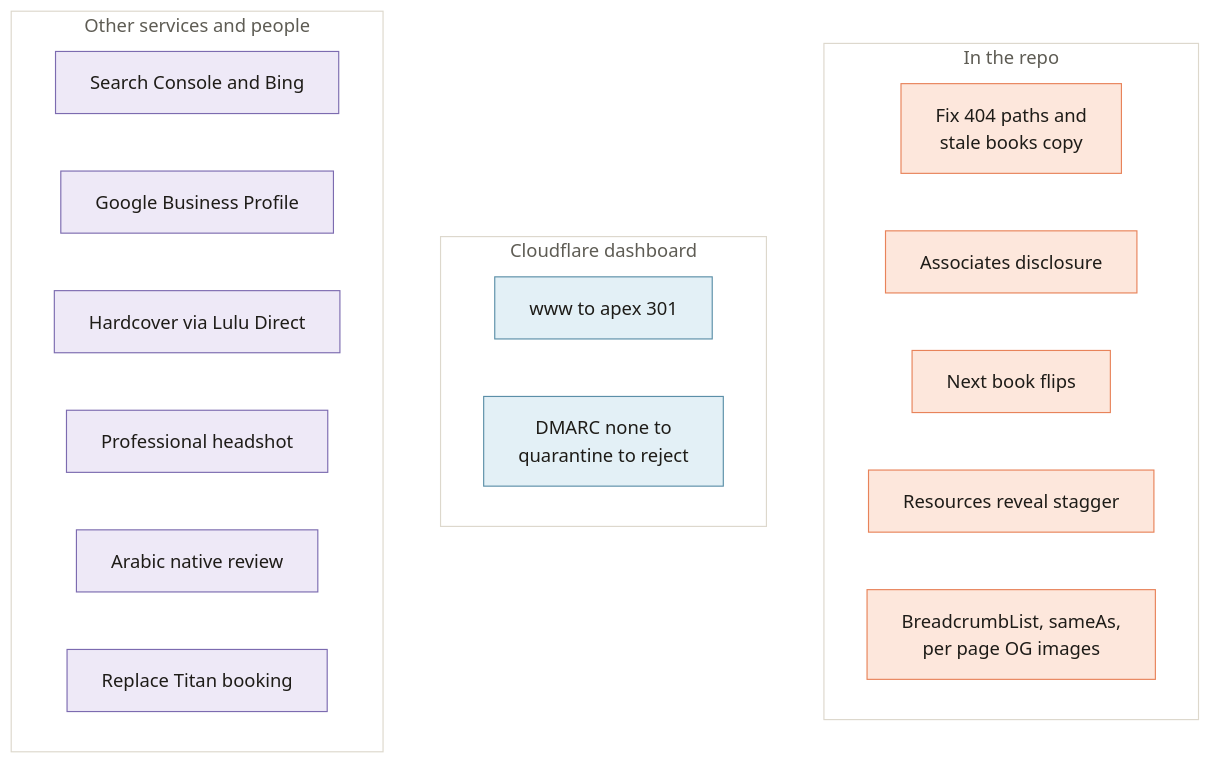
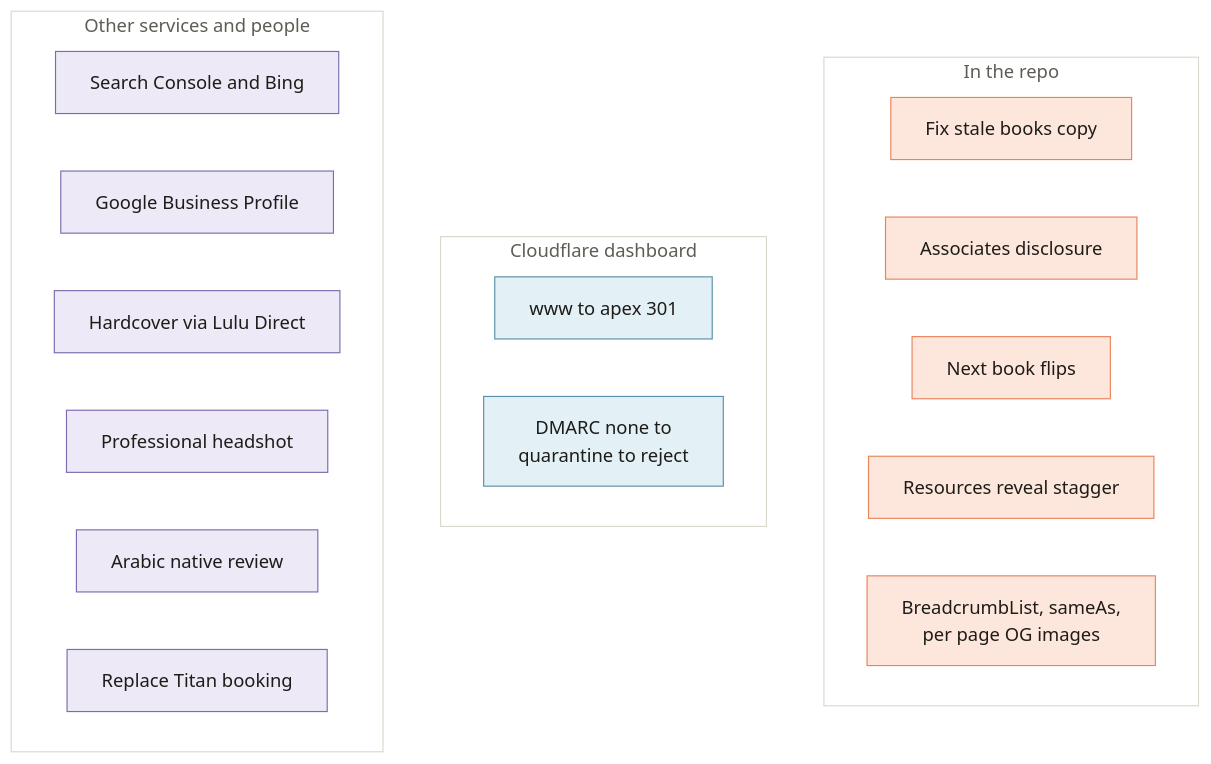
One commit to vijaybpanangi/ezziclarity changed the diagram in docs/wiki/Roadmap.md. Above: the diagram before and after it, drawn with Mermaid (neutral theme). The commit also changed other lines of this file and 12 other files, not shown here.

````diff
--- a/docs/wiki/Roadmap.md
+++ b/docs/wiki/Roadmap.md
@@ -8,30 +8,30 @@
 ```mermaid
 flowchart TB
     subgraph Repo[In the repo]
-      R1[Fix 404 paths and<br/>stale books copy]:::ours
+      R1[Fix stale books copy]:::ours
       R2[Associates disclosure]:::ours
       R3[Next book flips]:::ours
       R4[Resources reveal stagger]:::ours
       R5[BreadcrumbList, sameAs,<br/>per page OG images]:::ours
     end
     subgraph CF[Cloudflare dashboard]
       C1[www to apex 301]:::cloudflare
       C2[DMARC none to<br/>quarantine to reject]:::cloudflare
     end
     subgraph Off[Other services and people]
       O1[Search Console and Bing]:::thirdparty
       O2[Google Business Profile]:::thirdparty
       O3[Hardcover via Lulu Direct]:::thirdparty
       O4[Professional headshot]:::thirdparty
       O5[Arabic native review]:::thirdparty
       O6[Replace Titan booking]:::thirdparty
     end
 
     style Repo fill:#FFFFFF,stroke:#DDD8CC,color:#5e5c54
     style CF fill:#FFFFFF,stroke:#DDD8CC,color:#5e5c54
     style Off fill:#FFFFFF,stroke:#DDD8CC,color:#5e5c54
 
     classDef ours fill:#FDE7DC,stroke:#E8835A,color:#1e1c18
     classDef cloudflare fill:#E3F0F6,stroke:#5B8FA8,color:#1e1c18
     classDef thirdparty fill:#EEE9F7,stroke:#7C6BB0,color:#1e1c18
 ```
````
